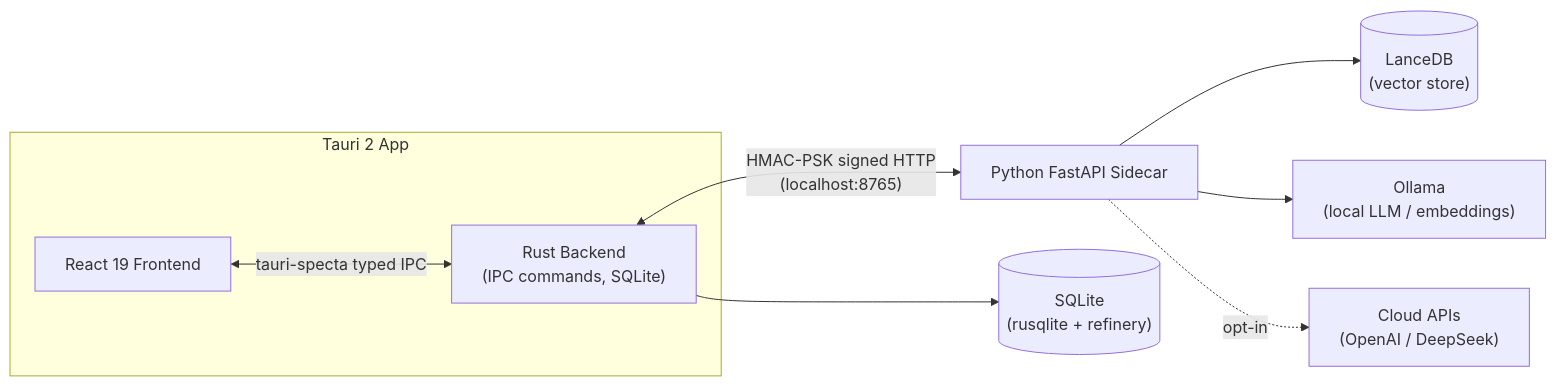
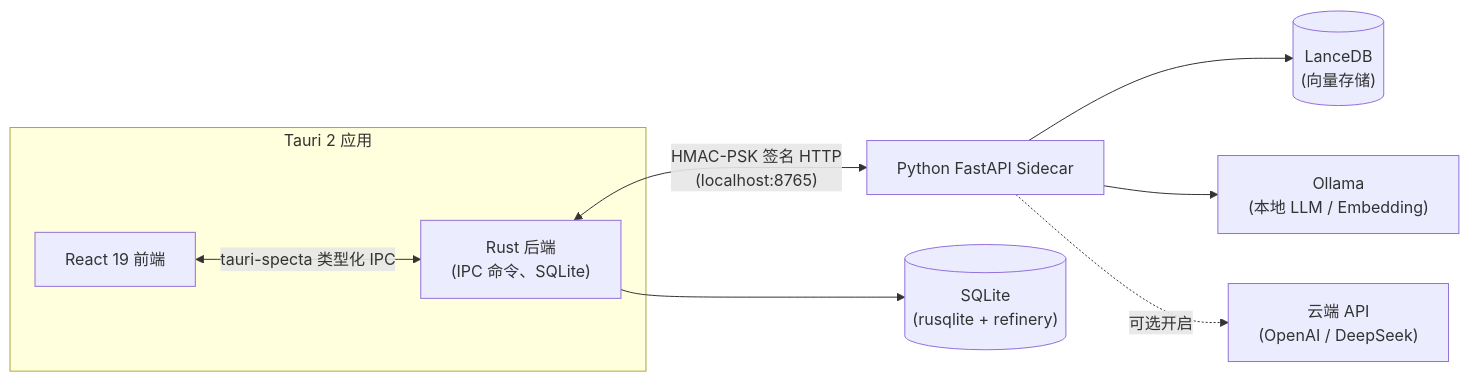
One commit to yyu-wang/fileMind changed the diagram in README.md. Above: the diagram before and after it, drawn with Mermaid. The commit also changed other lines of this file, not shown here.

````diff
--- a/README.md
+++ b/README.md
@@ -24,13 +24,13 @@
 ```mermaid
 flowchart LR
-    subgraph Desktop["Tauri 2 App"]
-        FE["React 19 Frontend"]
-        RS["Rust Backend<br/>(IPC commands, SQLite)"]
+    subgraph Desktop["Tauri 2 应用"]
+        FE["React 19 前端"]
+        RS["Rust 后端<br/>(IPC 命令、SQLite)"]
     end
-    FE <-->|"tauri-specta typed IPC"| RS
-    RS <-->|"HMAC-PSK signed HTTP<br/>(localhost:8765)"| PY["Python FastAPI Sidecar"]
+    FE <-->|"tauri-specta 类型化 IPC"| RS
+    RS <-->|"HMAC-PSK 签名 HTTP<br/>(localhost:8765)"| PY["Python FastAPI Sidecar"]
     RS --> DB[("SQLite<br/>(rusqlite + refinery)")]
-    PY --> LD[("LanceDB<br/>(vector store)")]
-    PY --> OL["Ollama<br/>(local LLM / embeddings)"]
-    PY -.->|"opt-in"| CL["Cloud APIs<br/>(OpenAI / DeepSeek)"]
+    PY --> LD[("LanceDB<br/>(向量存储)")]
+    PY --> OL["Ollama<br/>(本地 LLM / Embedding)"]
+    PY -.->|"可选开启"| CL["云端 API<br/>(OpenAI / DeepSeek)"]
 ```
````
